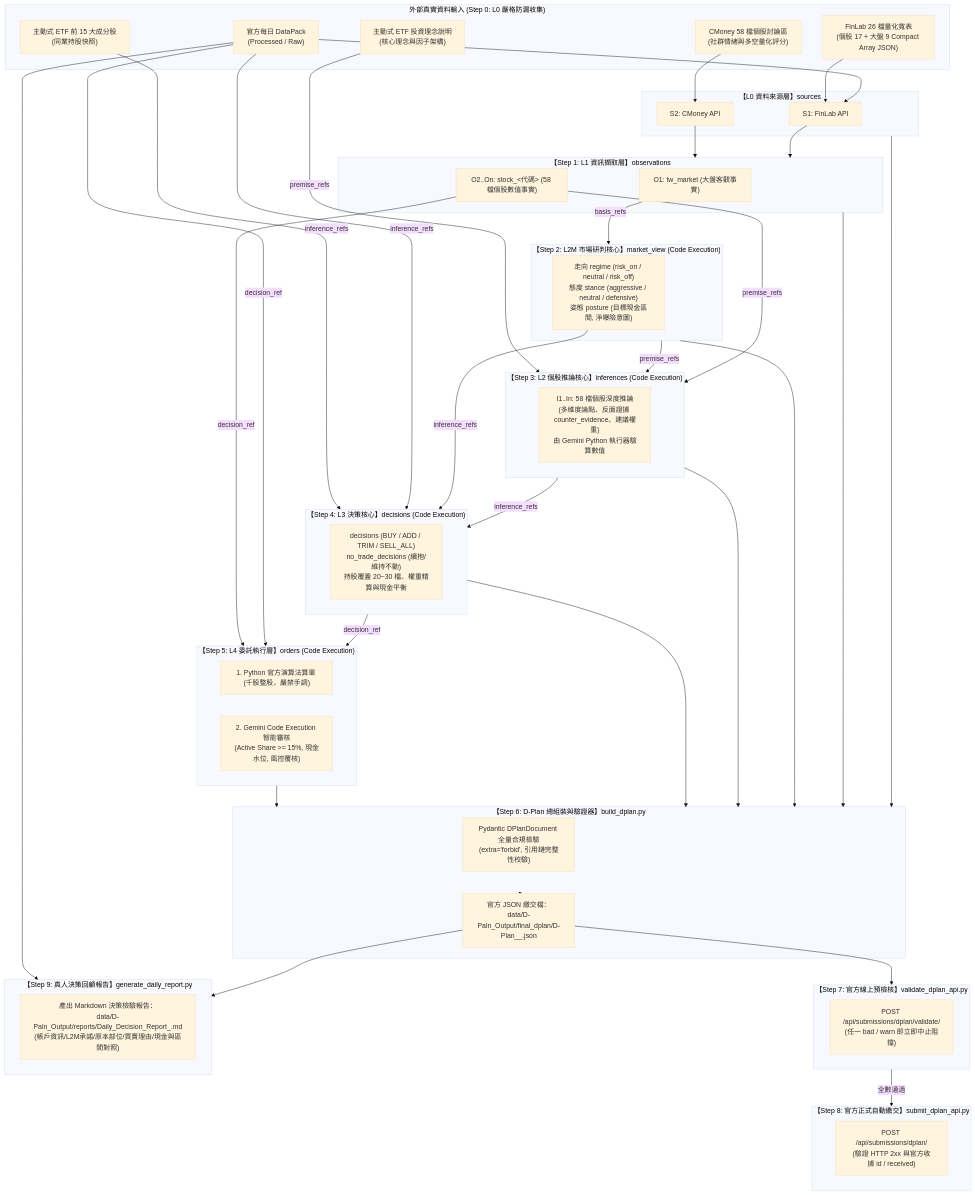
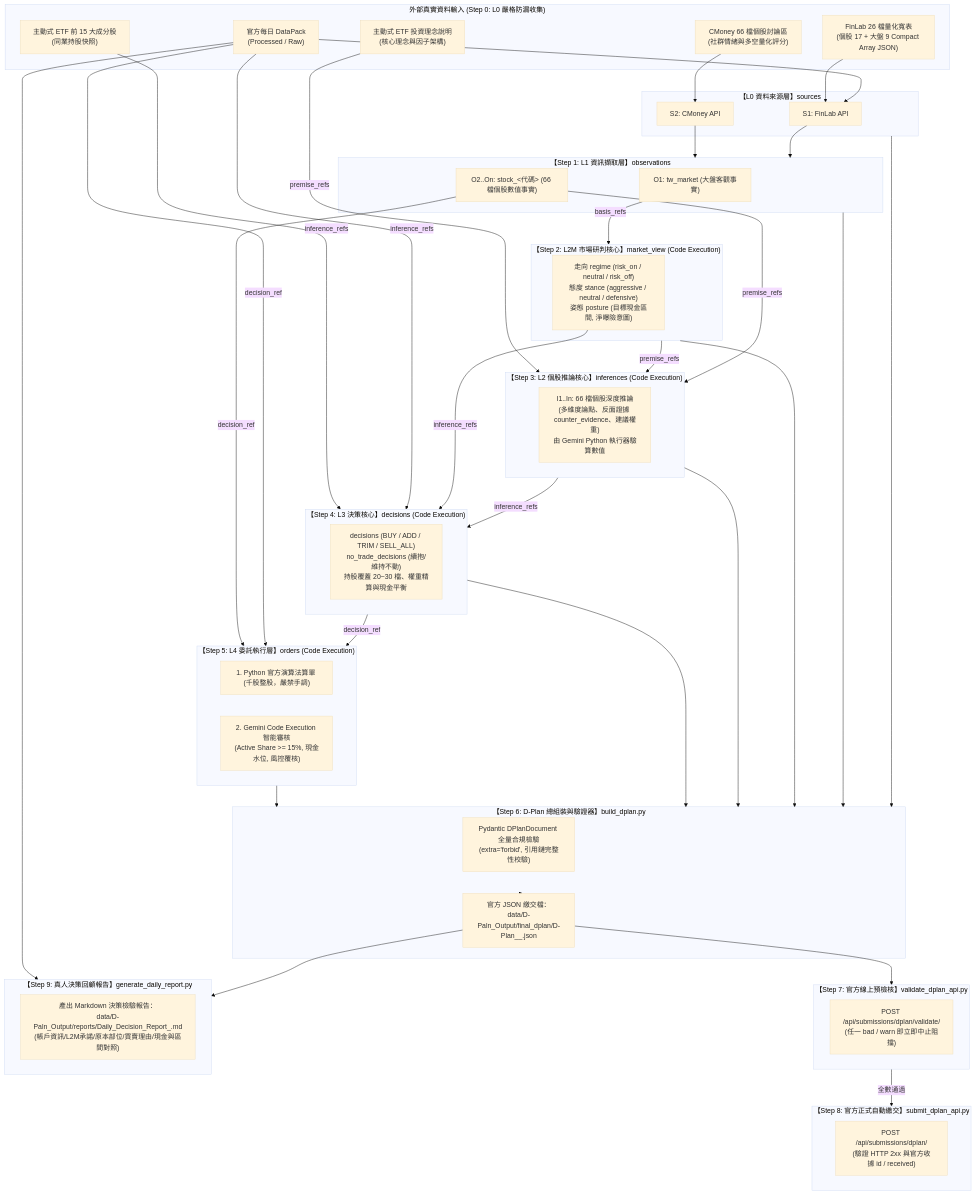
The second of 2 diagrams in README.md (codyliao0327/esun-ai-cup-2026), drawn with Mermaid (base theme) before and after one commit. The commit also changed other lines of this file and 10 other files, not shown here.

````diff
--- a/README.md
+++ b/README.md
@@ -141,68 +141,68 @@
 ```mermaid
 flowchart TD
     subgraph Data_Inputs["外部真實資料輸入 (Step 0: L0 嚴格防漏收集)"]
         DP["官方每日 DataPack\n(Processed / Raw)"]
         FL["FinLab 26 檔量化寬表\n(個股 17 + 大盤 9 Compact Array JSON)"]
-        CM["CMoney 58 檔個股討論區\n(社群情緒與多空量化評分)"]
+        CM["CMoney 66 檔個股討論區\n(社群情緒與多空量化評分)"]
         ETF_H["主動式 ETF 前 15 大成分股\n(同業持股快照)"]
         ETF_S["主動式 ETF 投資理念說明\n(核心理念與因子架構)"]
     end
 
     subgraph L0["【L0 資料來源層】sources"]
         S1["S1: FinLab API"]
         S2["S2: CMoney API"]
     end
 
     subgraph L1["【Step 1: L1 資訊擷取層】observations"]
         O_MKT["O1: tw_market (大盤客觀事實)"]
-        O_STK["O2..On: stock_<代碼> (58 檔個股數值事實)"]
+        O_STK["O2..On: stock_<代碼> (66 檔個股數值事實)"]
     end
 
     subgraph L2M["【Step 2: L2M 市場研判核心】market_view (Code Execution)"]
         MV["走向 regime (risk_on / neutral / risk_off)\n態度 stance (aggressive / neutral / defensive)\n姿態 posture (目標現金區間, 淨曝險意圖)"]
     end
 
     subgraph L2["【Step 3: L2 個股推論核心】inferences (Code Execution)"]
-        INF["I1..In: 58 檔個股深度推論\n(多維度論點、反面證據 counter_evidence、建議權重)\n由 Gemini Python 執行器驗算數值"]
+        INF["I1..In: 66 檔個股深度推論\n(多維度論點、反面證據 counter_evidence、建議權重)\n由 Gemini Python 執行器驗算數值"]
     end
 
     subgraph L3["【Step 4: L3 決策核心】decisions (Code Execution)"]
         DEC["decisions (BUY / ADD / TRIM / SELL_ALL)\nno_trade_decisions (續抱/維持不動)\n持股覆蓋 20~30 檔、權重精算與現金平衡"]
     end
 
     subgraph L4["【Step 5: L4 委託執行層】orders (Code Execution)"]
         ORD_PY["1. Python 官方演算法算單 (千股整股，嚴禁手調)"]
         ORD_LLM["2. Gemini Code Execution 智能審核\n(Active Share >= 15%, 現金水位, 風控覆核)"]
     end
 
     subgraph Assembler["【Step 6: D-Plan 總組裝與驗證器】build_dplan.py"]
         VAL["Pydantic DPlanDocument 全量合規檢驗\n(extra='forbid', 引用鏈完整性校驗)"]
         OUT["官方 JSON 繳交檔：\ndata/D-Paln_Output/final_dplan/D-Plan_<team_id>_<trade_date>.json"]
     end
 
     subgraph Validate["【Step 7: 官方線上預檢核】validate_dplan_api.py"]
         PRECHK["POST /api/submissions/dplan/validate/\n(任一 bad / warn 即立即中止阻擋)"]
     end
 
     subgraph Submit["【Step 8: 官方正式自動繳交】submit_dplan_api.py"]
         POSTSUB["POST /api/submissions/dplan/\n(驗證 HTTP 2xx 與官方收據 id / received)"]
     end
 
     subgraph ReviewReport["【Step 9: 真人決策回顧報告】generate_daily_report.py"]
         REP["產出 Markdown 決策檢驗報告：\ndata/D-Paln_Output/reports/Daily_Decision_Report_<YYYYMMDD>.md\n(帳戶資訊/L2M承諾/原本部位/買賣理由/現金與區間對照)"]
     end
 
     DP --> S1
     FL --> S1
     CM --> S2
     S1 & S2 --> L1
     O_MKT -->|basis_refs| L2M
     O_STK & L2M & ETF_S -->|premise_refs| L2
     L2 & MV & DP & ETF_H -->|inference_refs| L3
     L3 & DP & O_STK -->|decision_ref| L4
     L0 & L1 & L2M & L2 & L3 & L4 --> Assembler
     Assembler --> OUT
     OUT --> Validate
     Validate -->|全數通過| Submit
     OUT & DP --> ReviewReport
 ```
````
